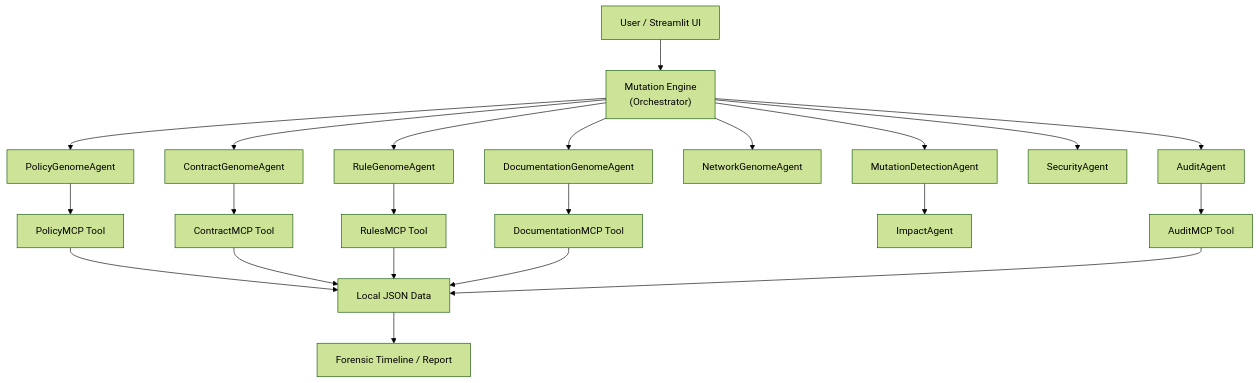
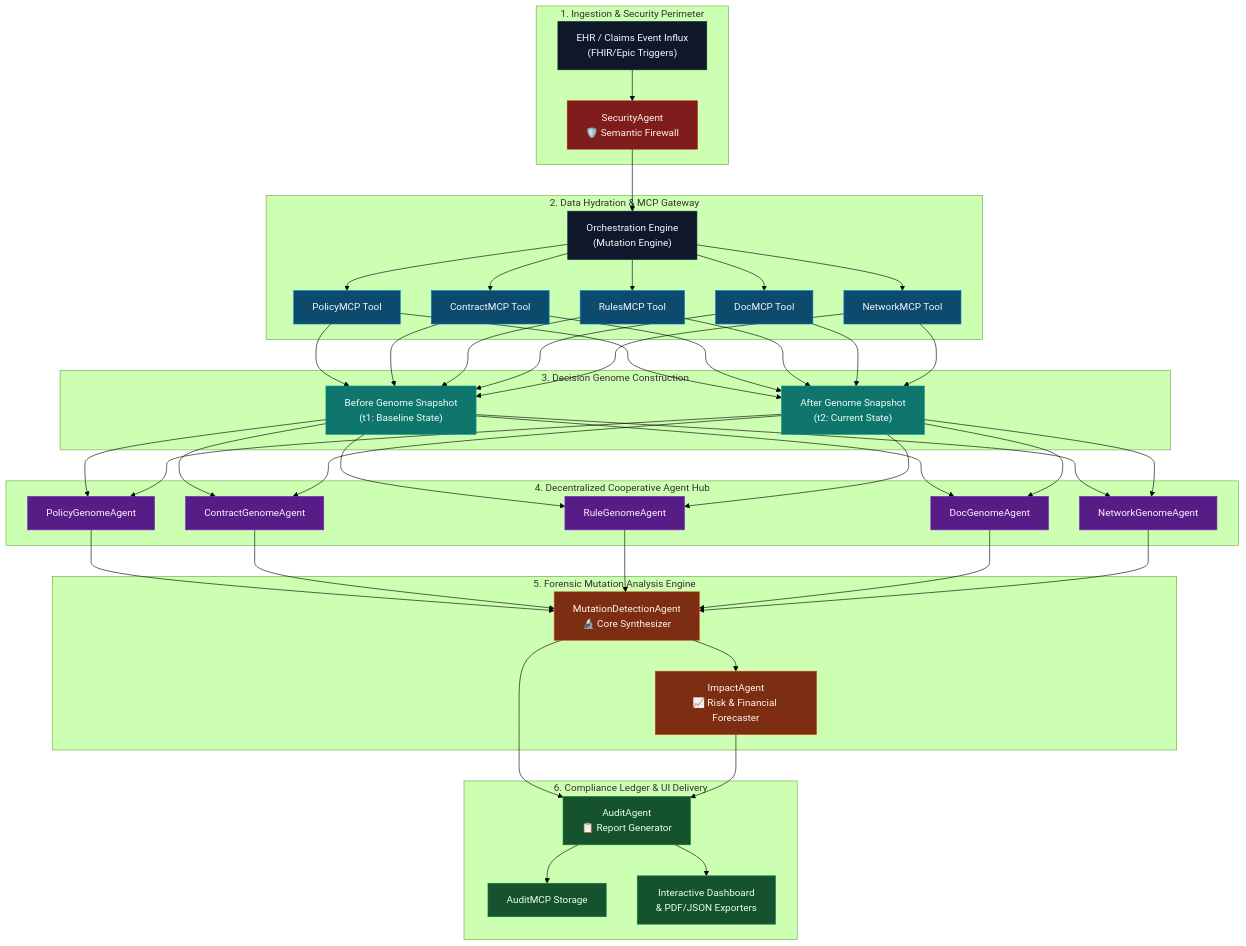
The diagram in README.md (sharath559/decision-dna-ai), drawn with Mermaid (forest theme) before and after one commit. The commit also changed other lines of this file, not shown here.

Commit message:
docs(readme): add advanced orchestration pipeline and mathematical model

````diff
--- a/README.md
+++ b/README.md
@@ -99,24 +101,80 @@
 ```mermaid
 graph TD
-    A["User / Streamlit UI"] --> B["Mutation Engine<br/>(Orchestrator)"]
-    B --> C["PolicyGenomeAgent"]
-    B --> D["ContractGenomeAgent"]
-    B --> E["RuleGenomeAgent"]
-    B --> F["DocumentationGenomeAgent"]
-    B --> G["NetworkGenomeAgent"]
-    C --> H["PolicyMCP Tool"]
-    D --> I["ContractMCP Tool"]
-    E --> J["RulesMCP Tool"]
-    F --> K["DocumentationMCP Tool"]
-    B --> L["MutationDetectionAgent"]
-    L --> M["ImpactAgent"]
-    B --> N["SecurityAgent"]
-    B --> O["AuditAgent"]
-    O --> P["AuditMCP Tool"]
-    H --> Q["Local JSON Data"]
-    I --> Q
-    J --> Q
-    K --> Q
-    P --> Q
-    Q --> R["Forensic Timeline / Report"]
+    %% Nodes
+    subgraph IngestionLayer["1. Ingestion & Security Perimeter"]
+        A["EHR / Claims Event Influx<br/>(FHIR/Epic Triggers)"] --> B["SecurityAgent<br/>🛡️ Semantic Firewall"]
+    end
+
+    subgraph HydrationLayer["2. Data Hydration & MCP Gateway"]
+        B --> C["Orchestration Engine<br/>(Mutation Engine)"]
+        C --> D1["PolicyMCP Tool"]
+        C --> D2["ContractMCP Tool"]
+        C --> D3["RulesMCP Tool"]
+        C --> D4["DocMCP Tool"]
+        C --> D5["NetworkMCP Tool"]
+    end
+
+    subgraph AlignmentLayer["3. Decision Genome Construction"]
+        D1 --> E1["Before Genome Snapshot<br/>(t1: Baseline State)"]
+        D2 --> E1
+        D3 --> E1
+        D4 --> E1
+        D5 --> E1
+        
+        D1 --> E2["After Genome Snapshot<br/>(t2: Current State)"]
+        D2 --> E2
+        D3 --> E2
+        D4 --> E2
+        D5 --> E2
+    end
+
+    subgraph AgentCore["4. Decentralized Cooperative Agent Hub"]
+        E1 --> F1["PolicyGenomeAgent"]
+        E2 --> F1
+        
+        E1 --> F2["ContractGenomeAgent"]
+        E2 --> F2
+        
+        E1 --> F3["RuleGenomeAgent"]
+        E2 --> F3
+        
+        E1 --> F4["DocGenomeAgent"]
+        E2 --> F4
+        
+        E1 --> F5["NetworkGenomeAgent"]
+        E2 --> F5
+    end
+
+    subgraph AnalyticsCore["5. Forensic Mutation Analysis Engine"]
+        F1 --> G["MutationDetectionAgent<br/>🔬 Core Synthesizer"]
+        F2 --> G
+        F3 --> G
+        F4 --> G
+        F5 --> G
+        
+        G --> H["ImpactAgent<br/>📈 Risk & Financial Forecaster"]
+    end
+
+    subgraph OutputLayer["6. Compliance Ledger & UI Delivery"]
+        G --> I["AuditAgent<br/>📋 Report Generator"]
+        H --> I
+        I --> J["AuditMCP Storage"]
+        I --> K["Interactive Dashboard<br/>& PDF/JSON Exporters"]
+    end
+
+    %% Styles
+    classDef default fill:#0f172a,stroke:#1e293b,color:#f8fafc;
+    classDef security fill:#7f1d1d,stroke:#b91c1c,color:#fef2f2;
+    classDef hydration fill:#0c4a6e,stroke:#0284c7,color:#f0f9ff;
+    classDef genome fill:#0f766e,stroke:#0d9488,color:#f0fdfa;
+    classDef agent fill:#581c87,stroke:#7e22ce,color:#faf5ff;
+    classDef analytics fill:#7c2d12,stroke:#c2410c,color:#fff7ed;
+    classDef output fill:#14532d,stroke:#15803d,color:#f0fdf4;
+
+    class B security;
+    class D1,D2,D3,D4,D5 hydration;
+    class E1,E2 genome;
+    class F1,F2,F3,F4,F5 agent;
+    class G,H analytics;
+    class I,J,K output;
 ```
````
